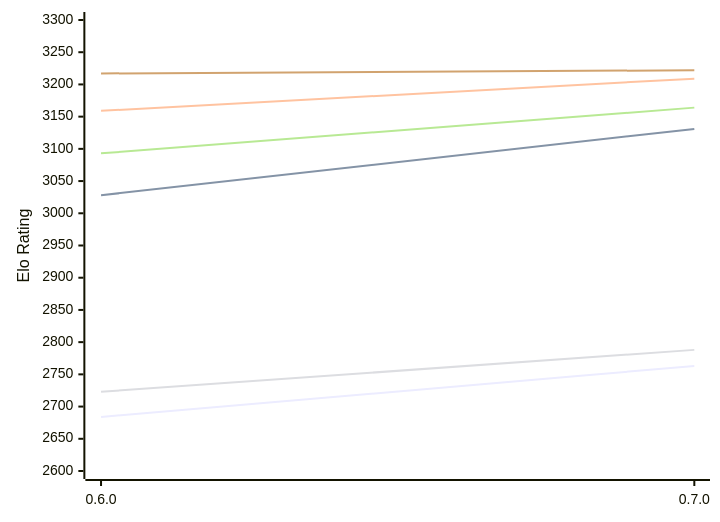
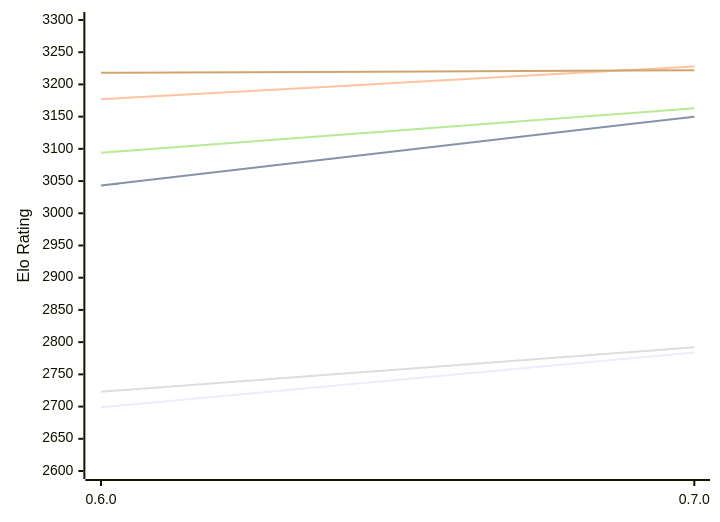
One commit to computer-chess-index/cci changed the first of 2 diagrams in engines/AteNika.md. Above: the diagram before and after it, drawn with Mermaid. The commit also changed other lines of this file, not shown here.

Commit message:
Update CCI Ratings (ELO VLTC) - 2026-11-11

````diff
--- a/engines/AteNika.md
+++ b/engines/AteNika.md
@@ -52,12 +52,12 @@
 ```mermaid
 %%{init: {"theme":"base","themeVariables":{"seriesColors:['#a3a3a3','#222221','#faa371']}}}%%
 xychart-beta
   x-axis ["0.6.0", "0.7.0"]
   y-axis "Elo Rating" 2600 --> 3300
-  line "E1: STC (8.0+0.08s)" [2684, 2763]
-  line "E1: LTC (60.0+0.60s)" [3028, 3131]
-  line "E1: VLTC (2m24s+1.12s)" [3159, 3209]
-  line "P1: STC (8.0+0.08s)" [2723, 2788]
-  line "P1: LTC (60.0+0.60s)" [3093, 3164]
-  line "P1: VLTC (2m24s+1.12s)" [3217, 3222]
+  line "E1: STC (8.0+0.08s)" [2699, 2784]
+  line "E1: LTC (60.0+0.60s)" [3043, 3150]
+  line "E1: VLTC (2m24s+1.12s)" [3177, 3228]
+  line "P1: STC (8.0+0.08s)" [2723, 2792]
+  line "P1: LTC (60.0+0.60s)" [3094, 3163]
+  line "P1: VLTC (2m24s+1.12s)" [3218, 3222]
 ```
````
